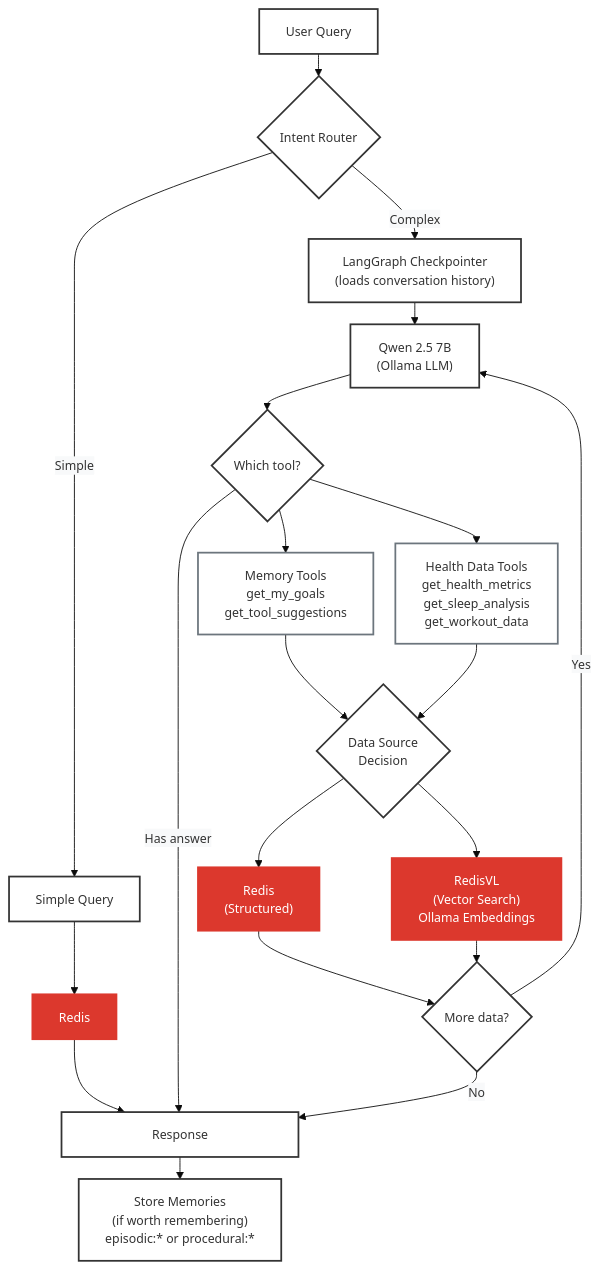
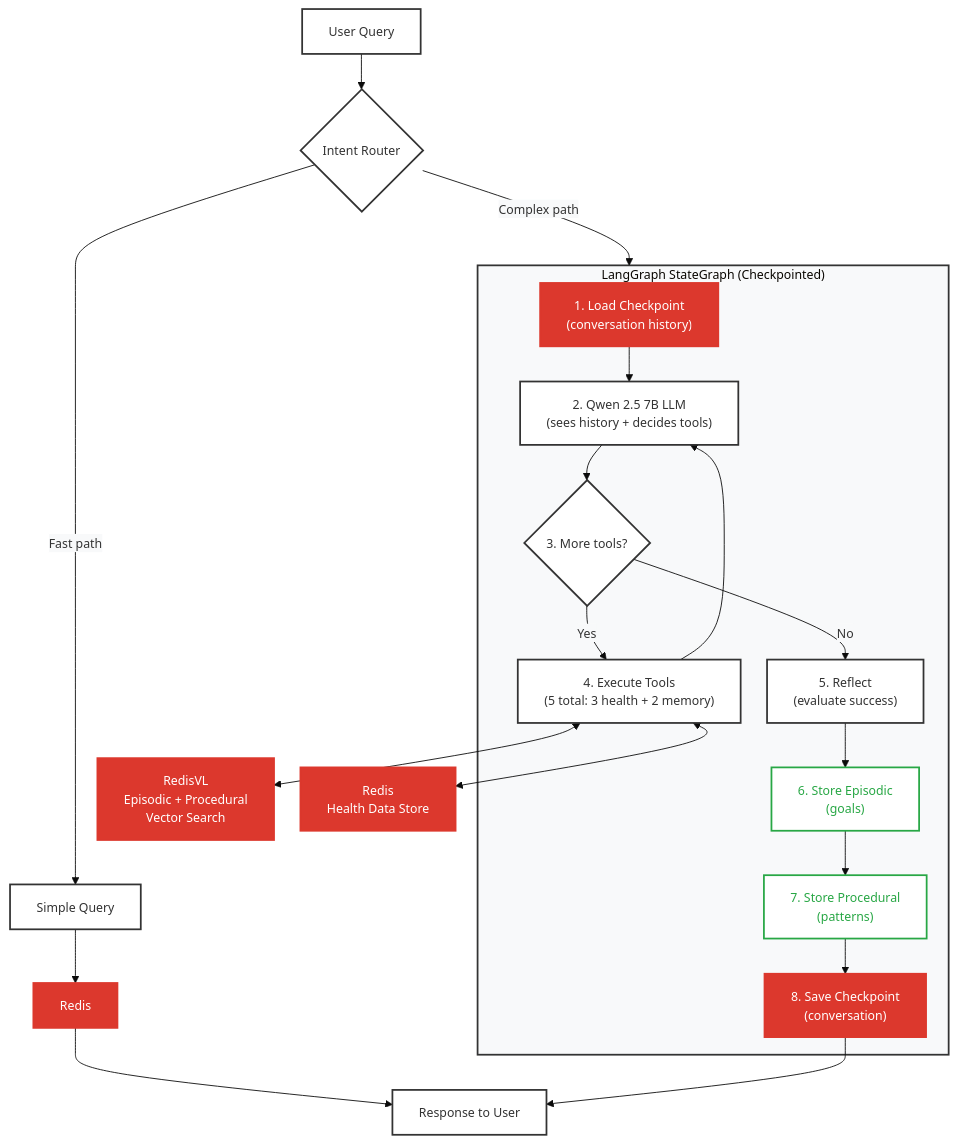
Before and after one commit to AllieRays/redis-wellness: the second of 2 diagrams in docs/04_STATEFUL_AGENT.md, drawn with Mermaid. The commit also changed other lines of this file and 1 other file, not shown here.

````diff
--- a/docs/04_STATEFUL_AGENT.md
+++ b/docs/04_STATEFUL_AGENT.md
@@ -77,53 +77,58 @@
 ```mermaid
-%%{init: {'theme':'base', 'themeVariables': { 'fontSize':'14px', 'edgeLabelBackground':'#f8f9fa'}, 'flowchart': {'nodeSpacing': 25, 'rankSpacing': 25}}}%%
+%%{init: {'theme':'base', 'themeVariables': { 'fontSize':'14px', 'edgeLabelBackground':'#f8f9fa'}, 'flowchart': {'nodeSpacing': 30, 'rankSpacing': 40}}}%%
 flowchart TB
     Query["User Query"]
     Router{"Intent Router"}
-    GoalOp["Simple Query<br/>"]
-    GoalRedis["Redis<br/>"]
-    Memory["LangGraph Checkpointer<br/>(loads conversation history)"]
-    LLM["Qwen 2.5 7B<br/>(Ollama LLM)"]
-    Decision{"Which tool?"}
-    MemoryTools["Memory Tools<br/>get_my_goals<br/>get_tool_suggestions"]
-    HealthTools["Health Data Tools<br/>get_health_metrics<br/>get_sleep_analysis<br/>get_workout_data"]
-    DataSource{"Data Source<br/>Decision"}
-    RedisStructured["Redis<br/>(Structured)"]
-    RedisVector["RedisVL<br/>(Vector Search)<br/>Ollama Embeddings"]
-    Loop{"More data?"}
-    Store["Store Memories<br/>(if worth remembering)<br/>episodic:* or procedural:*"]
-    Response["&nbsp;&nbsp;&nbsp;&nbsp;&nbsp;&nbsp;&nbsp;&nbsp;&nbsp;&nbsp;&nbsp;&nbsp;&nbsp;&nbsp;&nbsp;&nbsp;&nbsp;&nbsp;&nbsp;&nbsp;Response&nbsp;&nbsp;&nbsp;&nbsp;&nbsp;&nbsp;&nbsp;&nbsp;&nbsp;&nbsp;&nbsp;&nbsp;&nbsp;&nbsp;&nbsp;&nbsp;&nbsp;&nbsp;&nbsp;&nbsp;"]
+    Simple["Simple Query"]
+    SimpleRedis["Redis"]
+    
+    subgraph LangGraph["LangGraph StateGraph (Checkpointed)"]
+        Load["1. Load Checkpoint<br/>(conversation history)"]
+        LLM["2. Qwen 2.5 7B LLM<br/>(sees history + decides tools)"]
+        ToolDecision{"3. More tools?"}
+        Tools["4. Execute Tools<br/>(5 total: 3 health + 2 memory)"]
+        Reflect["5. Reflect<br/>(evaluate success)"]
+        StoreEpi["6. Store Episodic<br/>(goals)"]
+        StoreProc["7. Store Procedural<br/>(patterns)"]
+        SaveCheck["8. Save Checkpoint<br/>(conversation)"]
+        
+        Load --> LLM
+        LLM --> ToolDecision
+        ToolDecision -->|"Yes"| Tools
+        ToolDecision -->|"No"| Reflect
+        Tools --> LLM
+        Reflect --> StoreEpi
+        StoreEpi --> StoreProc
+        StoreProc --> SaveCheck
+    end
+    
+    RedisVL["RedisVL<br/>Episodic + Procedural<br/>Vector Search"]
+    RedisData["Redis<br/>Health Data Store"]
+    Response["Response to User"]
+    
     Query --> Router
-    Router -->|"Simple"| GoalOp
-    Router -->|"Complex"| Memory
-    GoalOp --> GoalRedis
-    GoalRedis --> Response
-    Memory --> LLM
-    LLM --> Decision
-    Decision --> MemoryTools
-    Decision --> HealthTools
-    Decision -->|"Has answer"| Response
-    MemoryTools --> DataSource
-    HealthTools --> DataSource
-    DataSource --> RedisStructured
-    DataSource --> RedisVector
-    RedisStructured --> Loop
-    RedisVector --> Loop
-    Loop -->|Yes| LLM
-    Loop -->|No| Response
-    Response --> Store
+    Router -->|"Fast path"| Simple
+    Router -->|"Complex path"| LangGraph
+    Simple --> SimpleRedis
+    SimpleRedis --> Response
+    Tools <--> RedisVL
+    Tools <--> RedisData
+    SaveCheck --> Response
+    
     style Query fill:#fff,stroke:#333,stroke-width:2px
     style Router fill:#fff,stroke:#333,stroke-width:2px
-    style GoalOp fill:#fff,stroke:#333,stroke-width:2px
-    style GoalRedis fill:#dc382d,stroke:#dc382d,stroke-width:2px,color:#fff
-    style Memory fill:#fff,stroke:#333,stroke-width:2px
+    style Simple fill:#fff,stroke:#333,stroke-width:2px
+    style SimpleRedis fill:#dc382d,stroke:#dc382d,stroke-width:2px,color:#fff
+    style LangGraph fill:#f8f9fa,stroke:#333,stroke-width:2px
+    style Load fill:#dc382d,stroke:#dc382d,stroke-width:2px,color:#fff
     style LLM fill:#fff,stroke:#333,stroke-width:2px
-    style Decision fill:#fff,stroke:#333,stroke-width:2px
-    style MemoryTools fill:#fff,stroke:#6c757d,stroke-width:2px
-    style HealthTools fill:#fff,stroke:#6c757d,stroke-width:2px
-    style DataSource fill:#fff,stroke:#333,stroke-width:2px
-    style RedisStructured fill:#dc382d,stroke:#dc382d,stroke-width:2px,color:#fff
-    style RedisVector fill:#dc382d,stroke:#dc382d,stroke-width:2px,color:#fff
-    style Loop fill:#fff,stroke:#333,stroke-width:2px
-    style Store fill:#fff,stroke:#333,stroke-width:2px
-    style Response fill:#fff,stroke:#333,stroke-width:2px,min-width:500px
+    style ToolDecision fill:#fff,stroke:#333,stroke-width:2px
+    style Tools fill:#fff,stroke:#333,stroke-width:2px
+    style Reflect fill:#fff,stroke:#333,stroke-width:2px
+    style StoreEpi fill:#fff,stroke:#28a745,stroke-width:2px,color:#28a745
+    style StoreProc fill:#fff,stroke:#28a745,stroke-width:2px,color:#28a745
+    style SaveCheck fill:#dc382d,stroke:#dc382d,stroke-width:2px,color:#fff
+    style RedisVL fill:#dc382d,stroke:#dc382d,stroke-width:2px,color:#fff
+    style RedisData fill:#dc382d,stroke:#dc382d,stroke-width:2px,color:#fff
+    style Response fill:#fff,stroke:#333,stroke-width:2px
 ```
````
